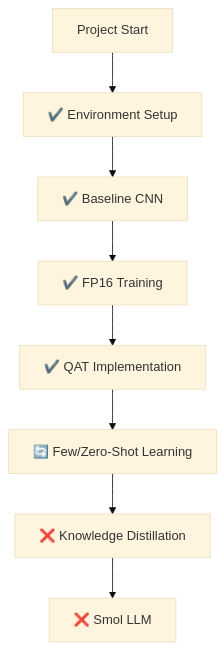
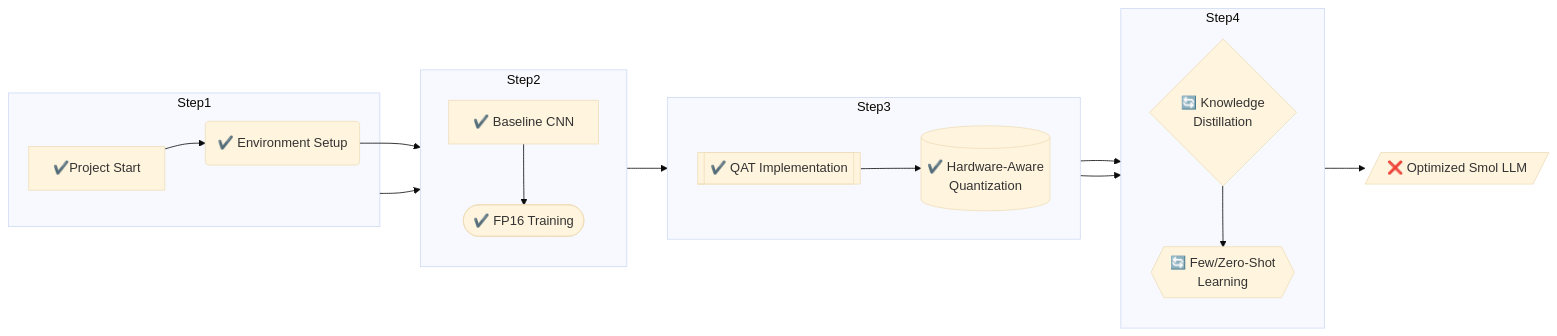
One commit to Faisal-repo/Empty changed the diagram in README.md. Above: the diagram before and after it, drawn with Mermaid (base theme).

````diff
--- a/README.md
+++ b/README.md
@@ -13,10 +13,28 @@
 ```mermaid
-graph TD;
-    A[Project Start] --> B[✔️ Environment Setup];
-    B --> C[✔️ Baseline CNN];
-    C --> D[✔️ FP16 Training];
-    D --> E[✔️ QAT Implementation];
-    E --> F[🔄 Few/Zero-Shot Learning];
-    F --> G[❌ Knowledge Distillation];
-    G --> H[❌ Smol LLM];
+flowchart LR
+    subgraph Step1
+        A["✔️Project Start"] --> B("✔️ Environment Setup")
+    end
+
+    subgraph Step2
+        direction TB
+        B --> C["✔️ Baseline CNN"]
+        C --> D(["✔️ FP16 Training"])
+    end
+
+    subgraph Step3
+        direction LR
+        E --> F[("✔️ Hardware-Aware<br>Quantization")]
+    end
+
+    subgraph Step4
+        direction TB
+        F --> G{"🔄 Knowledge<br>Distillation"}
+        G --> H{{"🔄 Few/Zero-Shot<br>Learning"}}
+    end
+
+    Step1 --> Step2
+    Step2 --> E[["✔️ QAT Implementation"]]
+    Step3 --> Step4
+    Step4 --> I[/"❌ Optimized Smol LLM"/]
 ```
````
